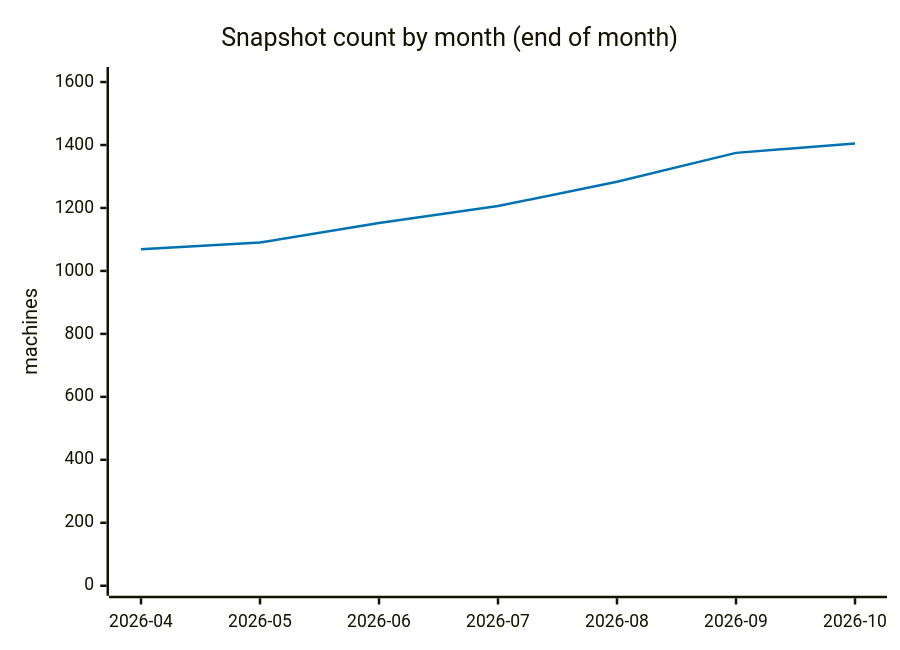
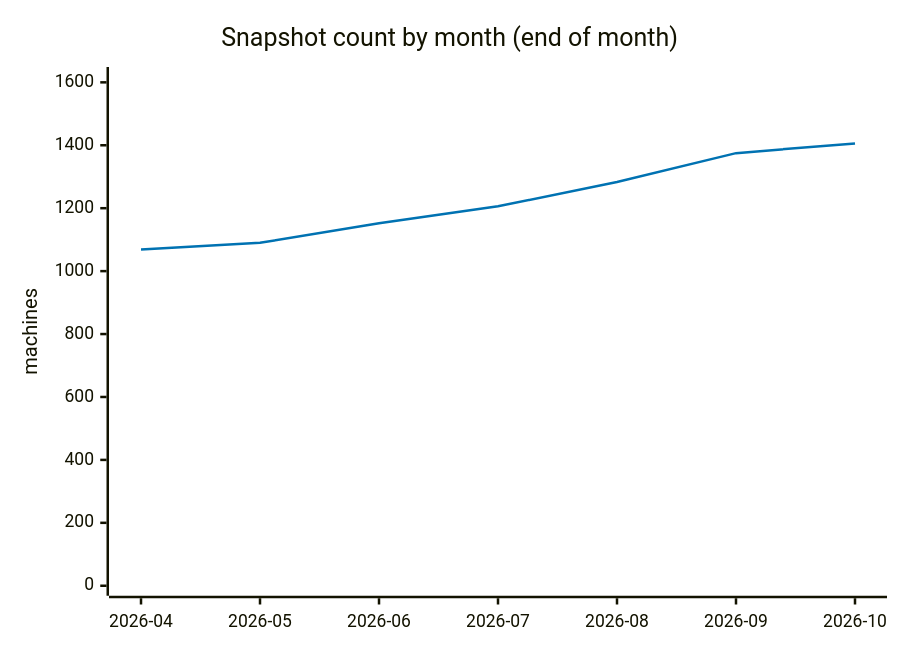
The fourth of 5 diagrams in ANALYSIS.md (cheeaun/returnright-data), drawn with Mermaid before and after one commit. The commit also changed other lines of this file and 4 other files, not shown here.

````diff
--- a/ANALYSIS.md
+++ b/ANALYSIS.md
@@ -247,13 +247,13 @@
 ```mermaid
 ---
 config:
   themeVariables:
     xyChart:
       plotColorPalette: "#0072B2"
 ---
 xychart-beta
     title "Snapshot count by month (end of month)"
     x-axis ["2026-04", "2026-05", "2026-06", "2026-07", "2026-08", "2026-09", "2026-10"]
-    y-axis "machines" 0 --> 1616
-    line [1069, 1090, 1152, 1206, 1283, 1375, 1405]
+    y-axis "machines" 0 --> 1617
+    line [1069, 1090, 1152, 1206, 1283, 1375, 1406]
 ```
````
